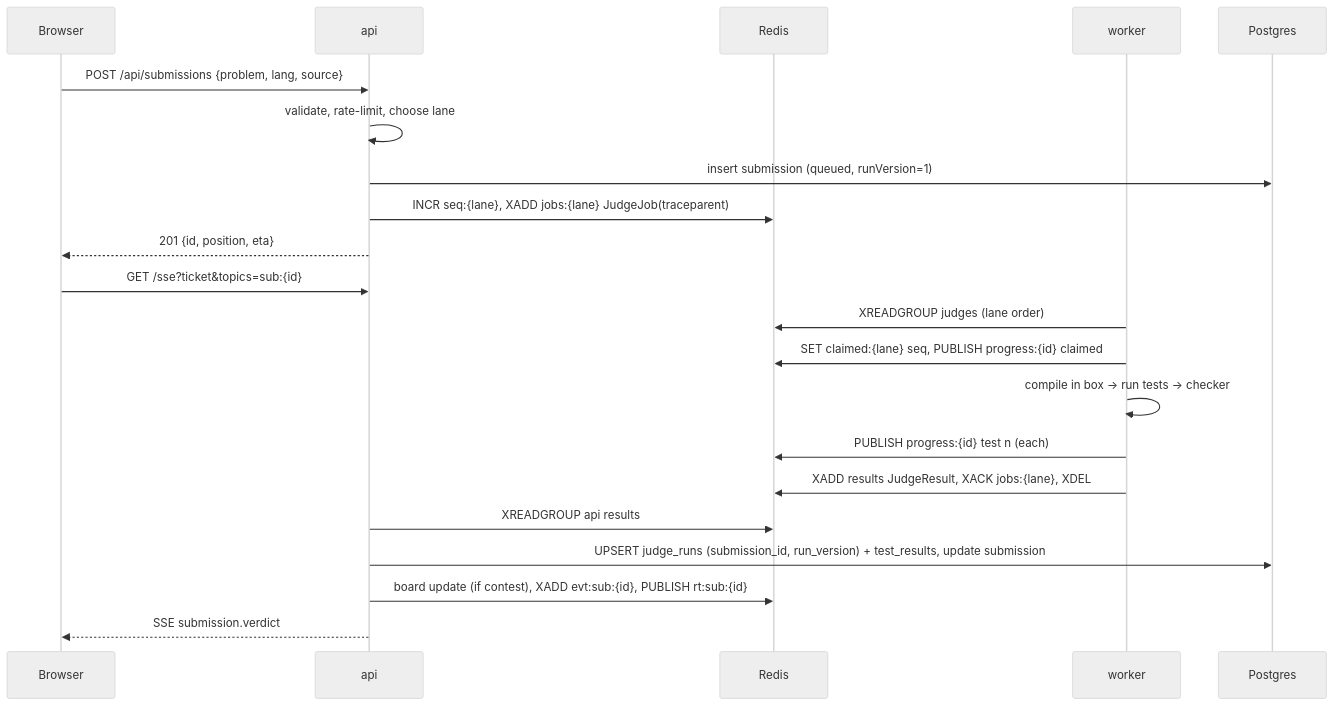
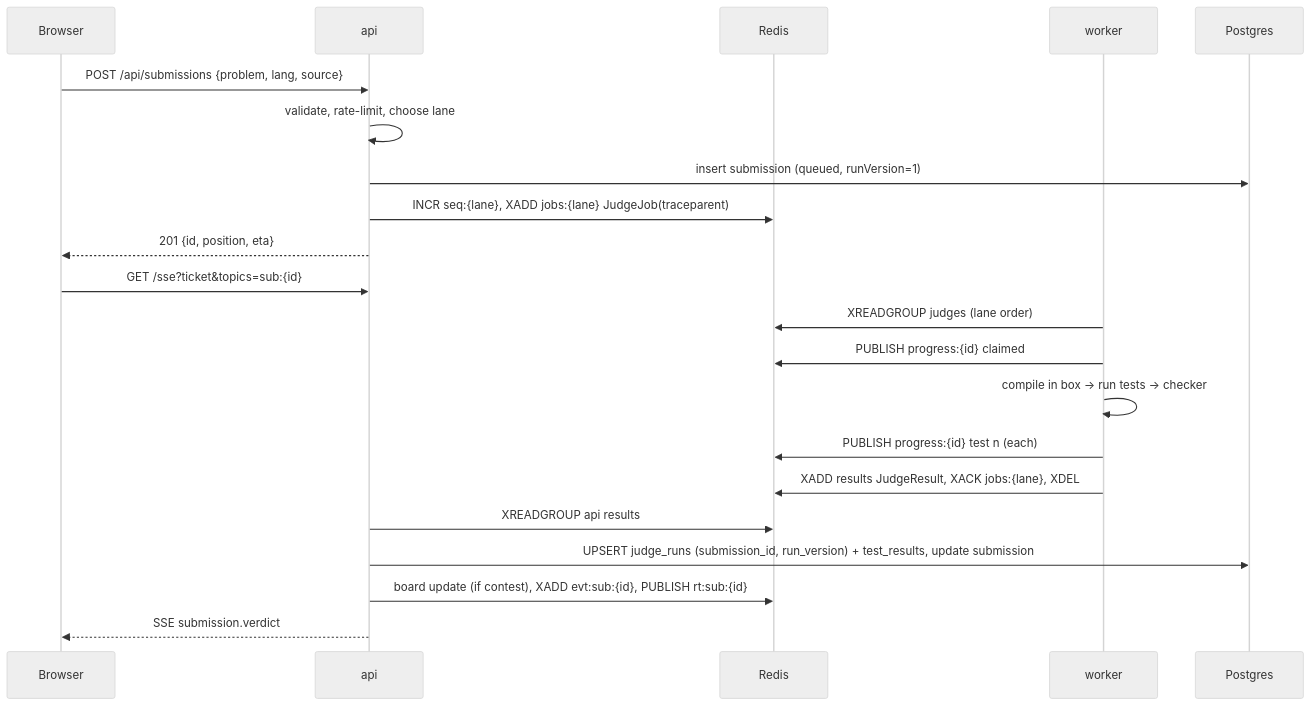
Before and after one commit to SoumiryaSarangi/CodeArena: the fourth of 8 diagrams in docs/SYSTEM_DESIGN.md, drawn with Mermaid (neutral theme). The commit also changed other lines of this file and 13 other files, not shown here.

````diff
--- a/docs/SYSTEM_DESIGN.md
+++ b/docs/SYSTEM_DESIGN.md
@@ -187,23 +187,23 @@
 ```mermaid
 sequenceDiagram
   participant B as Browser
   participant A as api
   participant R as Redis
   participant W as worker
   participant P as Postgres
   B->>A: POST /api/submissions {problem, lang, source}
   A->>A: validate, rate-limit, choose lane
   A->>P: insert submission (queued, runVersion=1)
   A->>R: INCR seq:{lane}, XADD jobs:{lane} JudgeJob(traceparent)
   A-->>B: 201 {id, position, eta}
   B->>A: GET /sse?ticket&topics=sub:{id}
   W->>R: XREADGROUP judges (lane order)
-  W->>R: SET claimed:{lane} seq, PUBLISH progress:{id} claimed
+  W->>R: PUBLISH progress:{id} claimed
   W->>W: compile in box → run tests → checker
   W->>R: PUBLISH progress:{id} test n (each)
   W->>R: XADD results JudgeResult, XACK jobs:{lane}, XDEL
   A->>R: XREADGROUP api results
   A->>P: UPSERT judge_runs (submission_id, run_version) + test_results, update submission
   A->>R: board update (if contest), XADD evt:sub:{id}, PUBLISH rt:sub:{id}
   A-->>B: SSE submission.verdict
 ```
````
